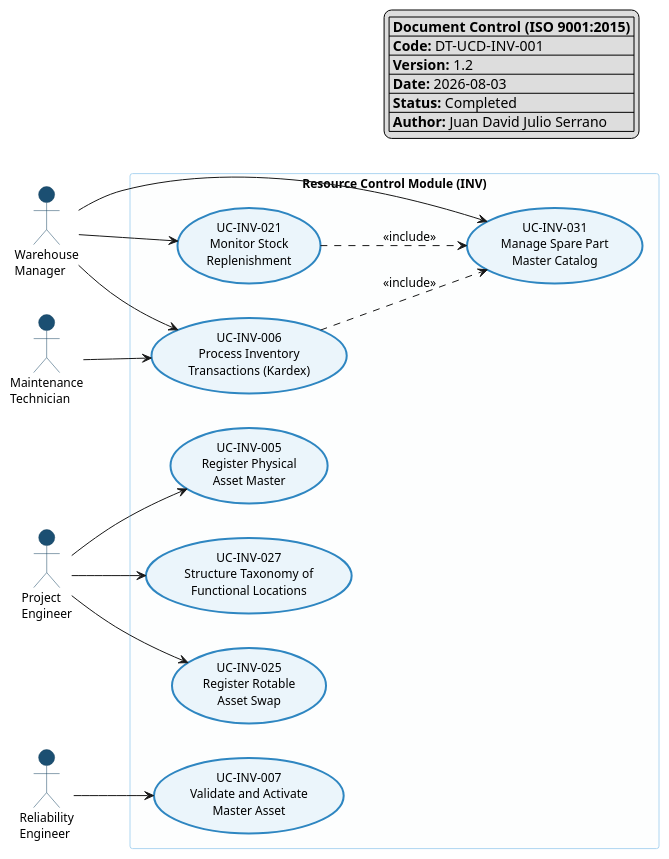
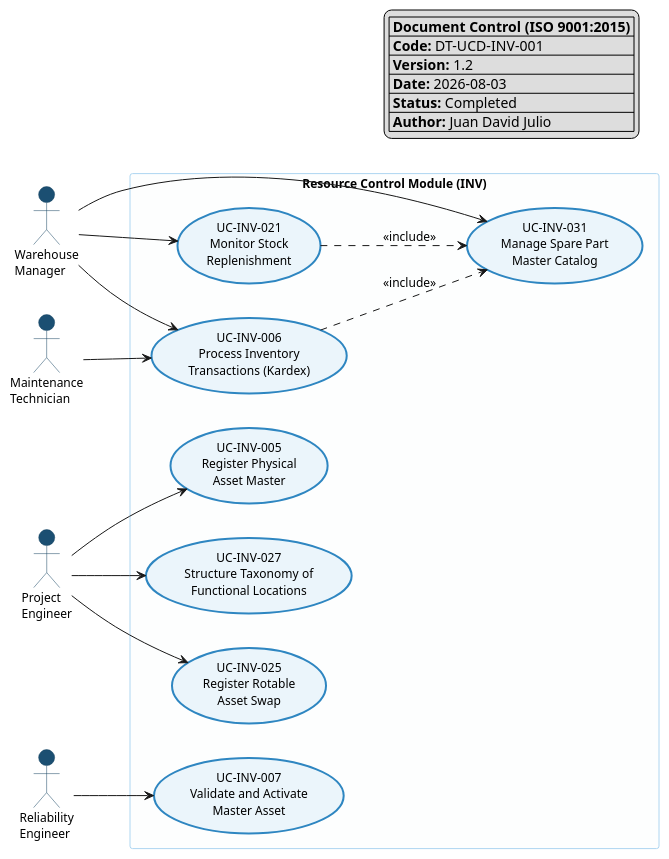
One commit to Novav20/adso-dteam-docs changed the diagram in domain-models/use-cases/inv/DT-UCD-INV-001.puml. Above: the diagram before and after it, drawn with PlantUML. The commit also changed 29 other files, not shown here.

```diff
--- a/domain-models/use-cases/inv/DT-UCD-INV-001.puml
+++ b/domain-models/use-cases/inv/DT-UCD-INV-001.puml
@@ -1,72 +1,72 @@
 @startuml INV-UseCases
 skinparam packageStyle rectangle
 left to right direction
 
 ' --- VISUAL CONFIGURATION ---
 skinparam usecase {
   BackgroundColor #EBF5FB
   BorderColor #2E86C1
   BorderThickness 2
   FontName Segoe UI
   FontSize 12
 }
 skinparam actor {
   BackgroundColor #1B4F72
   BorderColor #154360
   FontName Segoe UI
   FontSize 11
 }
 skinparam package {
   BackgroundColor #FDFEFE
   BorderColor #AED6F1
   FontName Segoe UI
   FontSize 13
   FontStyle bold
 }
 skinparam defaultFontName "Segoe UI"
 skinparam defaultFontSize 12
 
 legend top right
 |= Document Control (ISO 9001:2015) |
 | **Code:** DT-UCD-INV-001 |
 | **Version:** 1.2 |
 | **Date:** 2026-08-03 |
 | **Status:** Completed |
-| **Author:** Juan David Julio Serrano |
+| **Author:** Juan David Julio |
 endlegend
 
 ' --- ACTORS ---
 actor "Warehouse\nManager" as JefeAlmacen #1B4F72
 actor "Project\nEngineer" as IngenieroProyectos #1B4F72
 actor "Reliability\nEngineer" as IngenieroConfiabilidad #1B4F72
 actor "Maintenance\nTechnician" as Tecnico #1B4F72
 
 ' --- MAIN PACKAGE ---
 package "Resource Control Module (INV)" {
 
   usecase "UC-INV-005\nRegister Physical\nAsset Master" as UCINV005 #EBF5FB
   usecase "UC-INV-006\nProcess Inventory\nTransactions (Kardex)" as UCINV006 #EBF5FB
   usecase "UC-INV-007\nValidate and Activate\nMaster Asset" as UCINV007 #EBF5FB
   usecase "UC-INV-021\nMonitor Stock\nReplenishment" as UCINV021 #EBF5FB
   usecase "UC-INV-025\nRegister Rotable\nAsset Swap" as UCINV025 #EBF5FB
   usecase "UC-INV-027\nStructure Taxonomy of\nFunctional Locations" as UCINV027 #EBF5FB
   usecase "UC-INV-031\nManage Spare Part\nMaster Catalog" as UCINV031 #EBF5FB
 }
 
 ' --- ACTOR - USE CASE RELATIONSHIPS ---
 IngenieroProyectos --> UCINV005
 IngenieroProyectos --> UCINV027
 IngenieroProyectos --> UCINV025
 
 JefeAlmacen --> UCINV006
 JefeAlmacen --> UCINV021
 JefeAlmacen --> UCINV031
 
 IngenieroConfiabilidad --> UCINV007
 Tecnico --> UCINV006
 
 ' --- INTER-USE CASE RELATIONSHIPS (Include/Extend) ---
 UCINV006 ..> UCINV031 : <<include>>
 UCINV021 ..> UCINV031 : <<include>>
 
 @enduml
```
